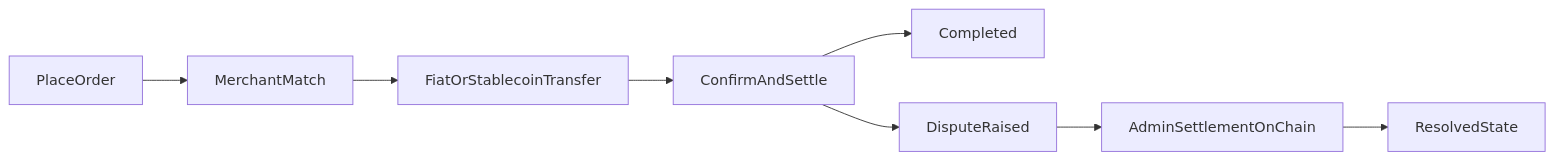
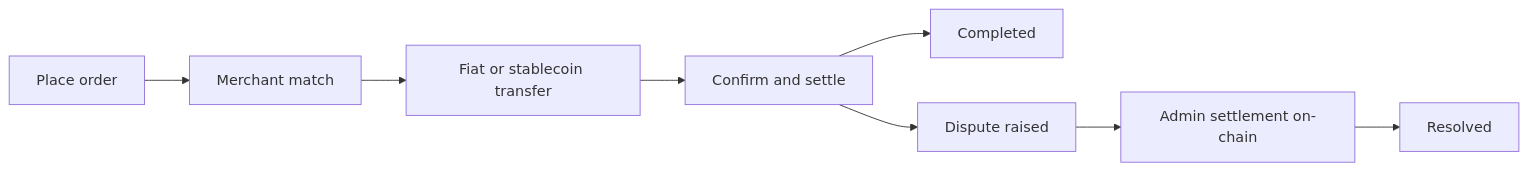
Before and after one commit to victorbss/p2p.me-docs: the diagram in docs/03-3-system-overview.md, drawn with Mermaid. The commit also changed other lines of this file and 31 other files, not shown here.

````diff
--- a/docs/03-3-system-overview.md
+++ b/docs/03-3-system-overview.md
@@ -37,10 +37,10 @@
 ```mermaid
 flowchart LR
-    place[PlaceOrder] --> match[MerchantMatch]
-    match --> transfer[FiatOrStablecoinTransfer]
-    transfer --> confirm[ConfirmAndSettle]
+    place[Place order] --> match[Merchant match]
+    match --> transfer[Fiat or stablecoin transfer]
+    transfer --> confirm[Confirm and settle]
     confirm --> done[Completed]
-    confirm --> dispute[DisputeRaised]
-    dispute --> adminSettle[AdminSettlementOnChain]
-    adminSettle --> resolved[ResolvedState]
+    confirm --> dispute[Dispute raised]
+    dispute --> adminSettle[Admin settlement on-chain]
+    adminSettle --> resolved[Resolved]
 ```
````
